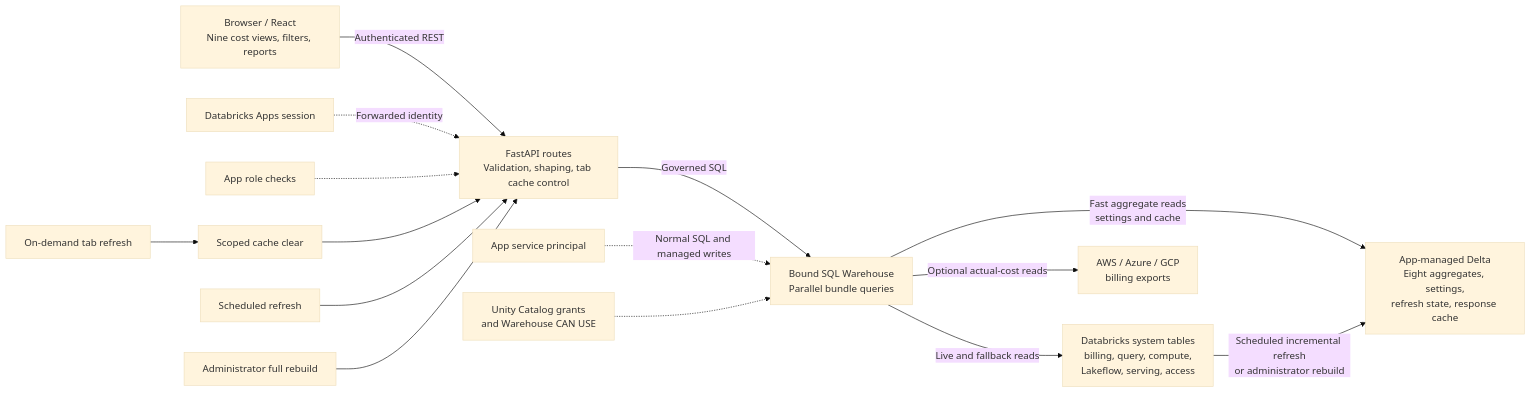
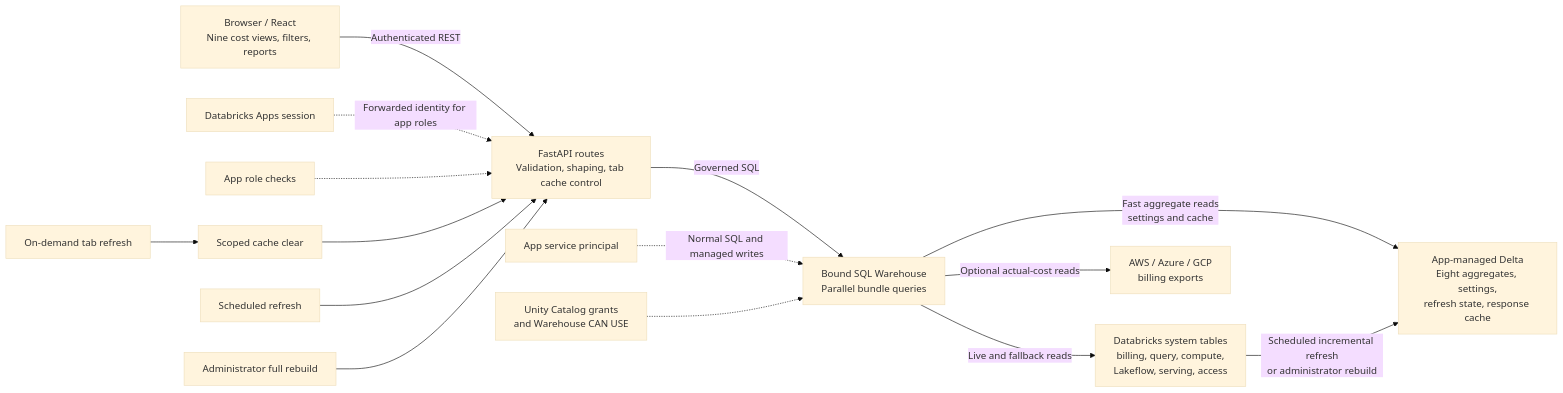
The diagram in README.md (smathews13/cost-obs-databricks), drawn with Mermaid (base theme) before and after one commit. The commit also changed other lines of this file and 89 other files, not shown here.

````diff
--- a/README.md
+++ b/README.md
@@ -373,18 +374,18 @@
 ```mermaid
 flowchart LR
     Browser["Browser / React<br/>Nine cost views, filters, reports"] -->|Authenticated REST| API["FastAPI routes<br/>Validation, shaping, tab cache control"]
     API -->|Governed SQL| Warehouse["Bound SQL Warehouse<br/>Parallel bundle queries"]
     Warehouse -->|Fast aggregate reads<br/>settings and cache| Delta["App-managed Delta<br/>Eight aggregates, settings,<br/>refresh state, response cache"]
     Warehouse -->|Live and fallback reads| System["Databricks system tables<br/>billing, query, compute,<br/>Lakeflow, serving, access"]
     Warehouse -->|Optional actual-cost reads| Cloud["AWS / Azure / GCP<br/>billing exports"]
     System -->|Scheduled incremental refresh<br/>or administrator rebuild| Delta
 
-    Session["Databricks Apps session"] -.->|Forwarded identity| API
+    Session["Databricks Apps session"] -.->|Forwarded identity for app roles| API
     Role["App role checks"] -.-> API
     Principal["App service principal"] -.->|Normal SQL and managed writes| Warehouse
     Governance["Unity Catalog grants<br/>and Warehouse CAN USE"] -.-> Warehouse
 
     TabRefresh["On-demand tab refresh"] --> CacheClear["Scoped cache clear"] --> API
     Scheduler["Scheduled refresh"] --> API
     AdminRebuild["Administrator full rebuild"] --> API
 ```
````
